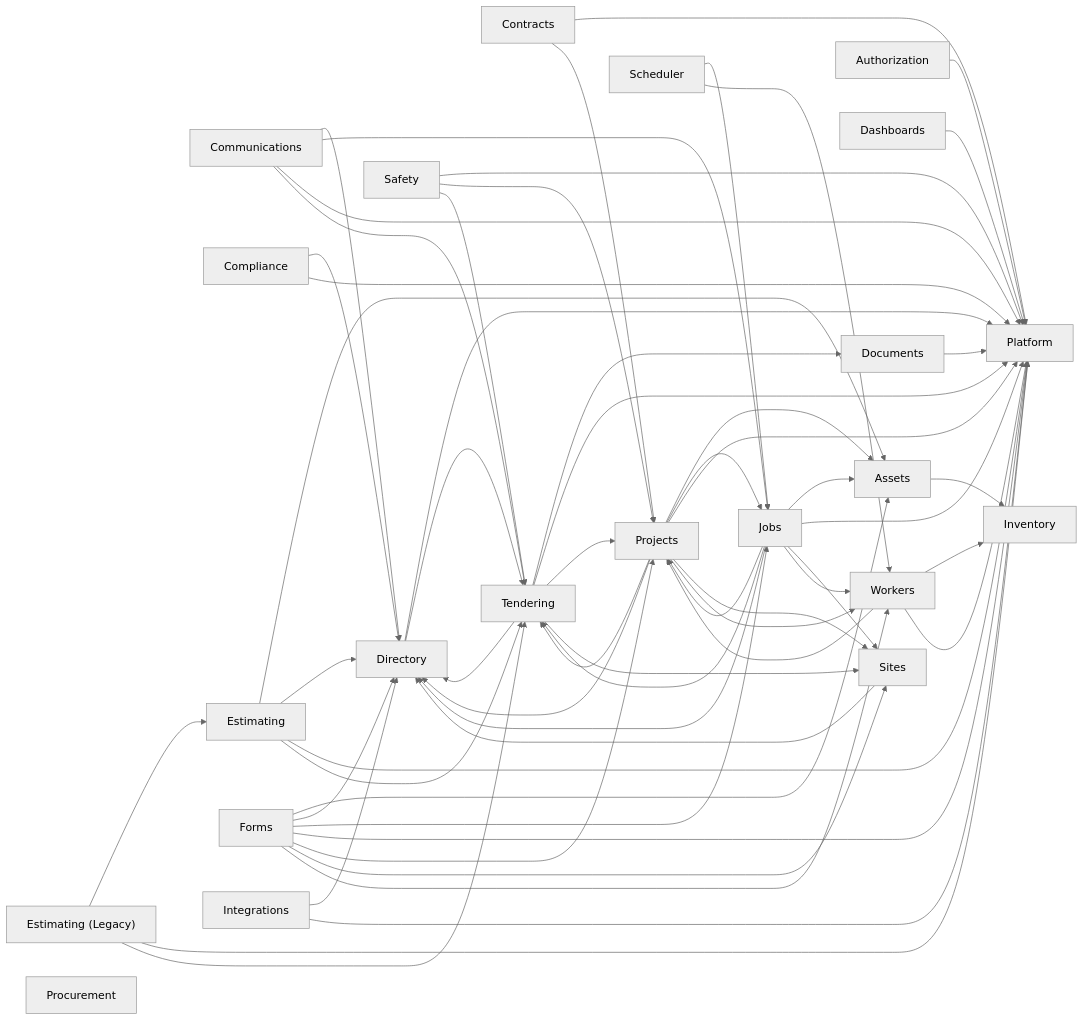
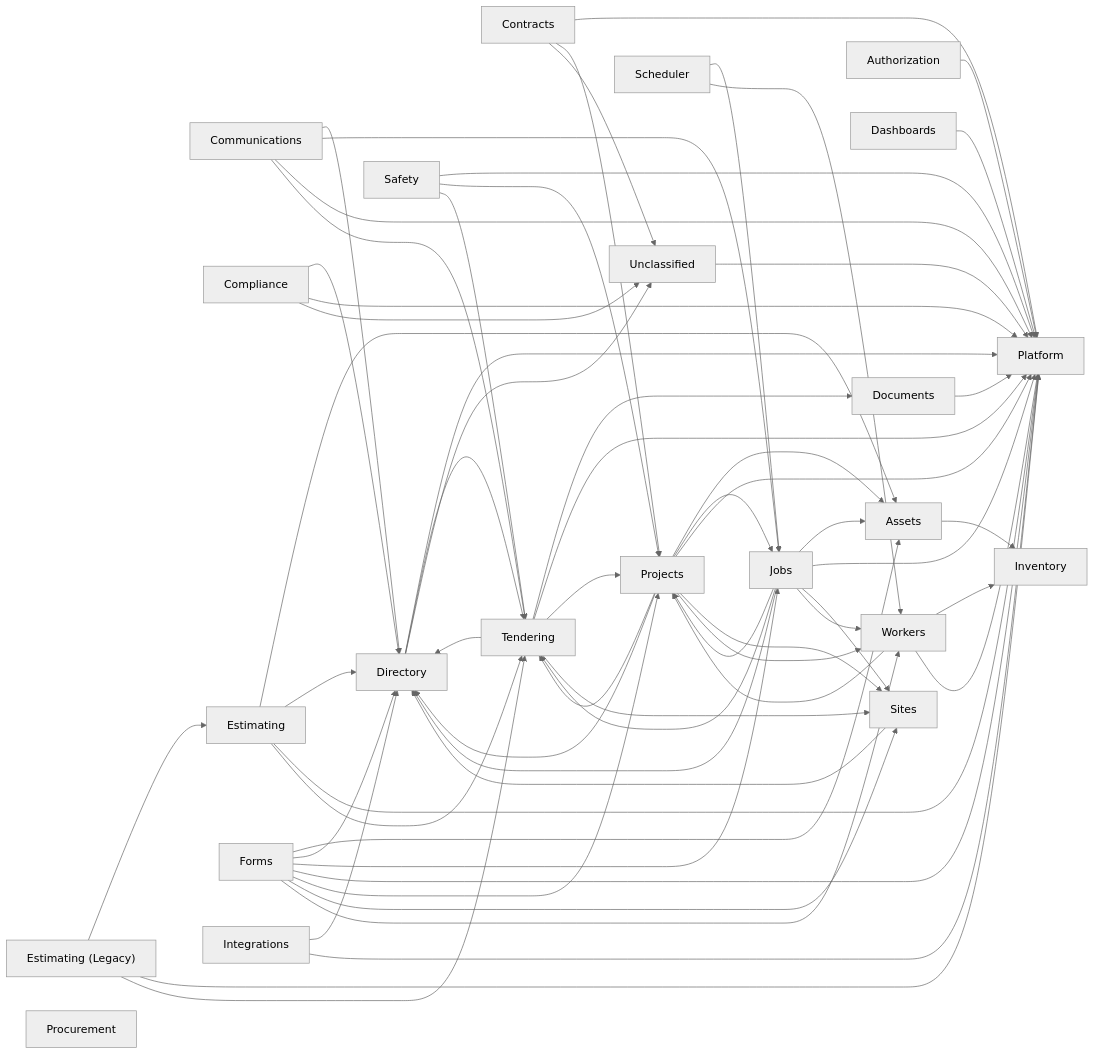
Before and after one commit to GH-Mantova/ProjectOperations: the diagram in docs/data-model/relationship-map.md, drawn with Mermaid (neutral theme). The commit also changed other lines of this file and 30 other files, not shown here.

```diff
--- a/docs/data-model/relationship-map.md
+++ b/docs/data-model/relationship-map.md
@@ -78,6 +79,7 @@
   scheduler["Scheduler"]
   sites["Sites"]
   tendering["Tendering"]
+  unclassified["Unclassified"]
   workers["Workers"]
   assets --> inventory
   authorization --> platform
@@ -87,11 +89,14 @@
   communications --> tendering
   compliance --> directory
   compliance --> platform
+  compliance --> unclassified
   contracts --> platform
   contracts --> projects
+  contracts --> unclassified
   dashboards --> platform
   directory --> platform
   directory --> tendering
+  directory --> unclassified
   documents --> platform
   estimating_legacy --> estimating
   estimating_legacy --> platform
@@ -134,6 +139,7 @@
   tendering --> platform
   tendering --> projects
   tendering --> sites
+  unclassified --> platform
   workers --> inventory
   workers --> platform
   workers --> projects
```
